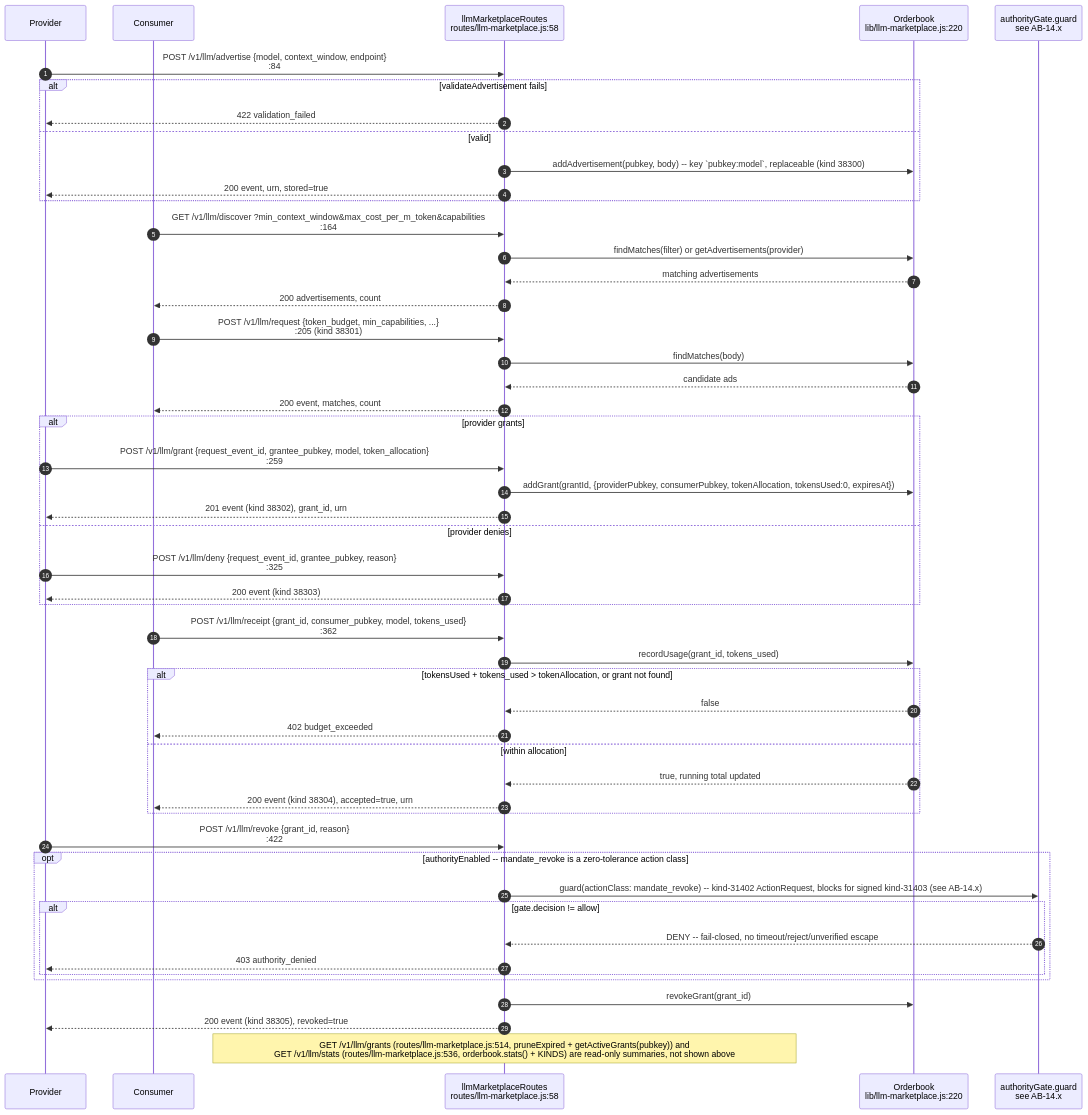
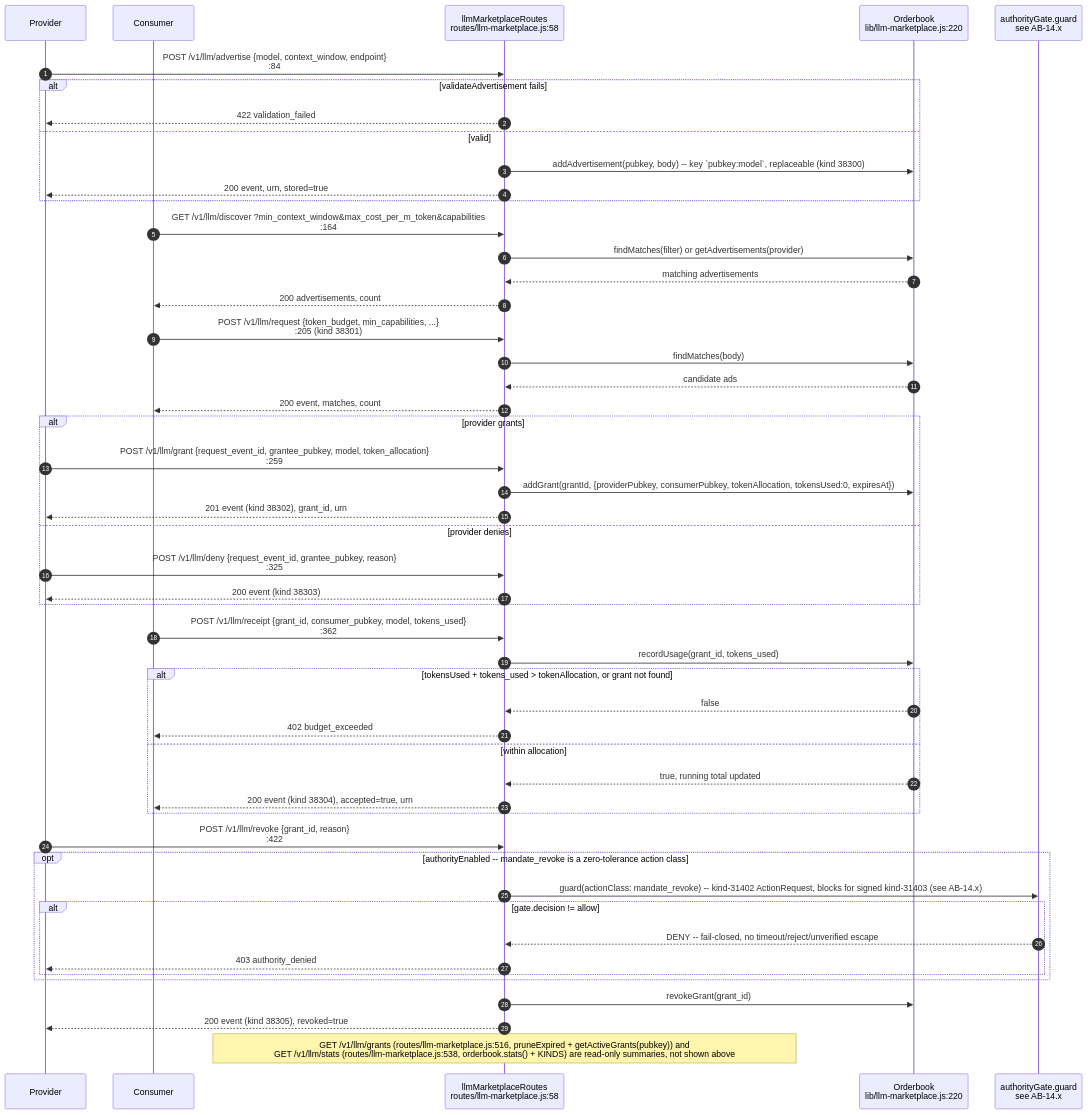
The ninth of 14 diagrams in docs/diagrams/agentbox/15-capability-gating-spend-consultants.md (DreamLab-AI/VisionFlow), drawn with Mermaid before and after one commit. The commit also changed other lines of this file and 28 other files, not shown here.

````diff
--- a/docs/diagrams/agentbox/15-capability-gating-spend-consultants.md
+++ b/docs/diagrams/agentbox/15-capability-gating-spend-consultants.md
@@ -427,59 +431,59 @@
 ```mermaid
 sequenceDiagram
     autonumber
     participant Prov as Provider
     participant Cons as Consumer
     participant R as llmMarketplaceRoutes<br/>routes/llm-marketplace.js:58
     participant OB as Orderbook<br/>lib/llm-marketplace.js:220
     participant Gate as authorityGate.guard<br/>see AB-14.x
 
     Prov->>R: POST /v1/llm/advertise {model, context_window, endpoint}<br/>:84
     alt validateAdvertisement fails
         R-->>Prov: 422 validation_failed
     else valid
         R->>OB: addAdvertisement(pubkey, body) -- key #96;pubkey:model#96;, replaceable (kind 38300)
         R-->>Prov: 200 event, urn, stored=true
     end
 
     Cons->>R: GET /v1/llm/discover ?min_context_window&max_cost_per_m_token&capabilities<br/>:164
     R->>OB: findMatches(filter) or getAdvertisements(provider)
     OB-->>R: matching advertisements
     R-->>Cons: 200 advertisements, count
 
     Cons->>R: POST /v1/llm/request {token_budget, min_capabilities, ...}<br/>:205 (kind 38301)
     R->>OB: findMatches(body)
     OB-->>R: candidate ads
     R-->>Cons: 200 event, matches, count
 
     alt provider grants
         Prov->>R: POST /v1/llm/grant {request_event_id, grantee_pubkey, model, token_allocation}<br/>:259
         R->>OB: addGrant(grantId, {providerPubkey, consumerPubkey, tokenAllocation, tokensUsed:0, expiresAt})
         R-->>Prov: 201 event #40;kind 38302#41;, grant_id, urn
     else provider denies
         Prov->>R: POST /v1/llm/deny {request_event_id, grantee_pubkey, reason}<br/>:325
         R-->>Prov: 200 event #40;kind 38303#41;
     end
 
     Cons->>R: POST /v1/llm/receipt {grant_id, consumer_pubkey, model, tokens_used}<br/>:362
     R->>OB: recordUsage(grant_id, tokens_used)
     alt tokensUsed + tokens_used #62; tokenAllocation, or grant not found
         OB-->>R: false
         R-->>Cons: 402 budget_exceeded
     else within allocation
         OB-->>R: true, running total updated
         R-->>Cons: 200 event #40;kind 38304#41;, accepted=true, urn
     end
 
     Prov->>R: POST /v1/llm/revoke {grant_id, reason}<br/>:422
     opt authorityEnabled -- mandate_revoke is a zero-tolerance action class
         R->>Gate: guard#40;actionClass: mandate_revoke#41; -- kind-31402 ActionRequest, blocks for signed kind-31403 (see AB-14.x)
         alt gate.decision != allow
             Gate-->>R: DENY -- fail-closed, no timeout/reject/unverified escape
             R-->>Prov: 403 authority_denied
         end
     end
     R->>OB: revokeGrant(grant_id)
     R-->>Prov: 200 event #40;kind 38305#41;, revoked=true
 
-    Note over R: GET /v1/llm/grants #40;routes/llm-marketplace.js:514, pruneExpired + getActiveGrants#40;pubkey#41;#41; and<br/>GET /v1/llm/stats #40;routes/llm-marketplace.js:536, orderbook.stats#40;#41; + KINDS#41; are read-only summaries, not shown above
+    Note over R: GET /v1/llm/grants #40;routes/llm-marketplace.js:516, pruneExpired + getActiveGrants#40;pubkey#41;#41; and<br/>GET /v1/llm/stats #40;routes/llm-marketplace.js:538, orderbook.stats#40;#41; + KINDS#41; are read-only summaries, not shown above
 ```
````
